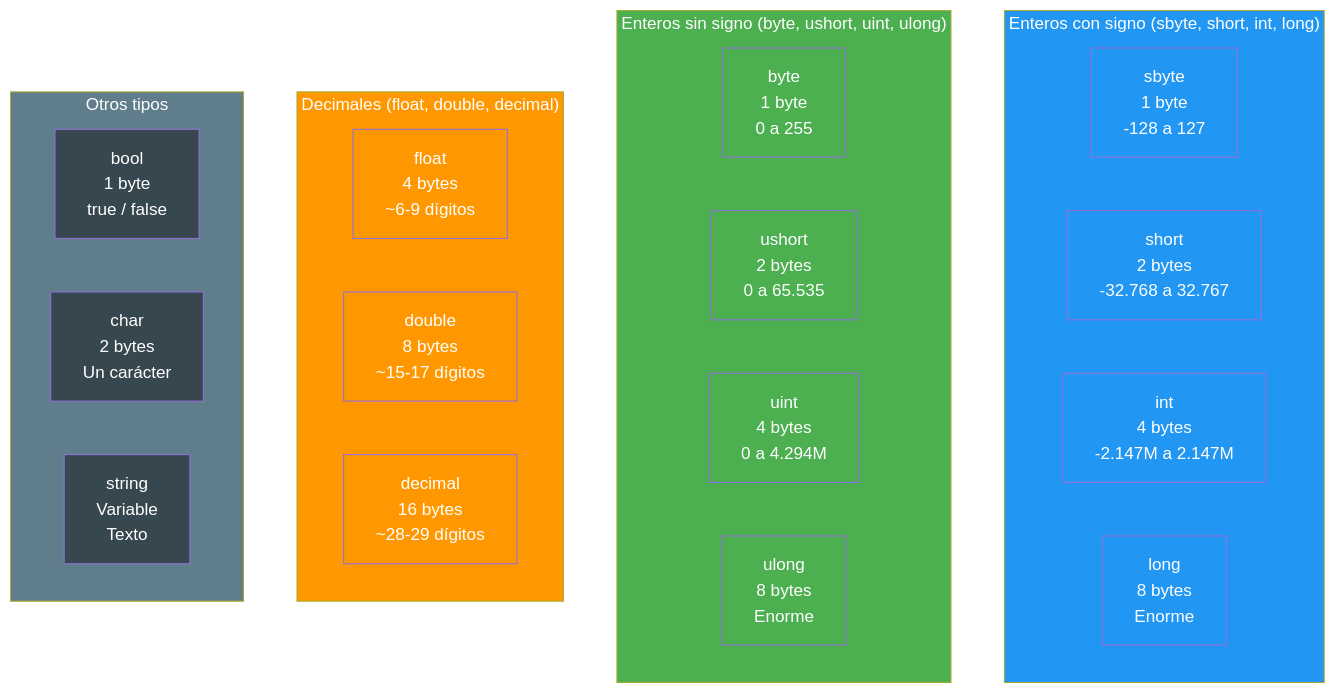
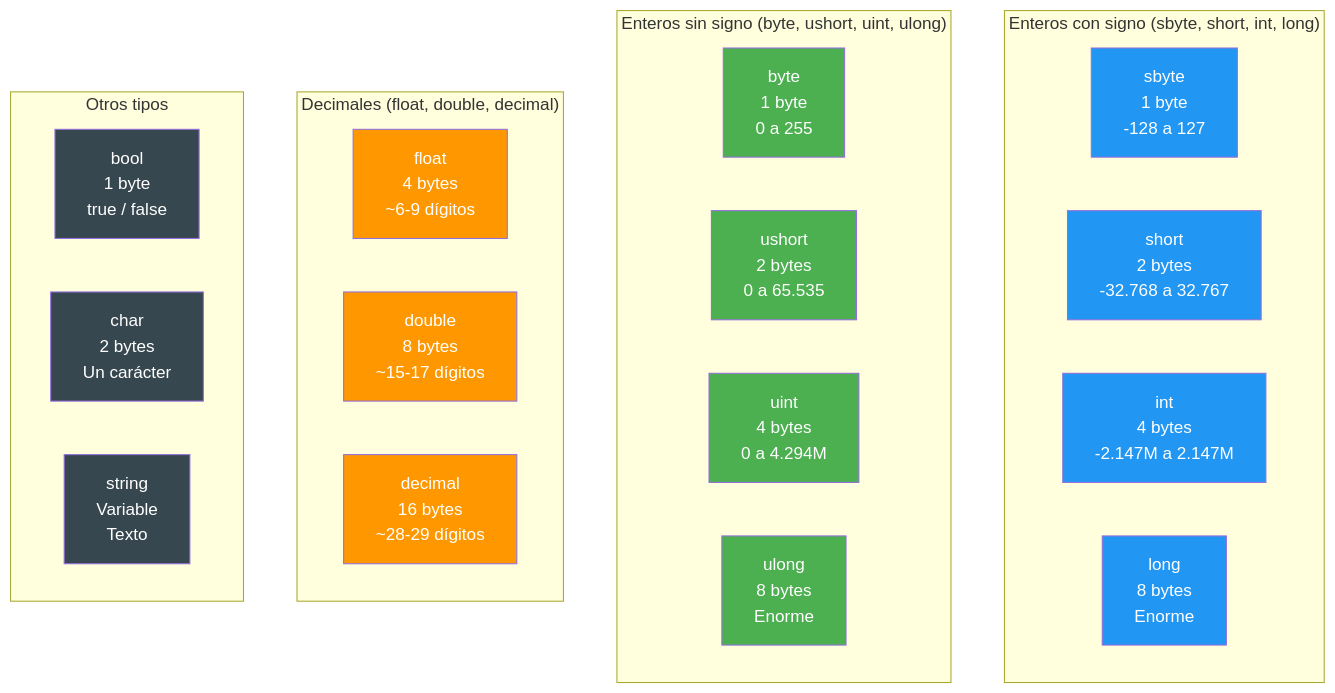
Before and after one commit to joseluisgs/Programacion-01-2026-2027: the second of 6 diagrams in 05-tipos-datos.md, drawn with Mermaid. The commit also changed other lines of this file and 3 other files, not shown here.

First line of the commit message:
docs: elimina los style de los subgraf de los diagramas Mermaid

````diff
--- a/05-tipos-datos.md
+++ b/05-tipos-datos.md
@@ -82,47 +81,43 @@
 ```mermaid
 graph TB
     subgraph ENTEROS_CON_SIGNO ["Enteros con signo (sbyte, short, int, long)"]
         direction LR
         SBYTE["sbyte<br/>1 byte<br/>-128 a 127"]
         SHORT["short<br/>2 bytes<br/>-32.768 a 32.767"]
         INT["int<br/>4 bytes<br/>-2.147M a 2.147M"]
         LONG["long<br/>8 bytes<br/>Enorme"]
     end
     subgraph ENTEROS_SIN_SIGNO ["Enteros sin signo (byte, ushort, uint, ulong)"]
         direction LR
         BYTE["byte<br/>1 byte<br/>0 a 255"]
         USHORT["ushort<br/>2 bytes<br/>0 a 65.535"]
         UINT["uint<br/>4 bytes<br/>0 a 4.294M"]
         ULONG["ulong<br/>8 bytes<br/>Enorme"]
     end
     subgraph DECIMALES ["Decimales (float, double, decimal)"]
         direction LR
         FLOAT["float<br/>4 bytes<br/>~6-9 dígitos"]
         DOUBLE["double<br/>8 bytes<br/>~15-17 dígitos"]
         DECIMAL["decimal<br/>16 bytes<br/>~28-29 dígitos"]
     end
     subgraph OTROS ["Otros tipos"]
         direction LR
         BOOL["bool<br/>1 byte<br/>true / false"]
         CHAR["char<br/>2 bytes<br/>Un carácter"]
         STRING["string<br/>Variable<br/>Texto"]
     end
-    style ENTEROS_CON_SIGNO fill:#2196F3,color:#fff
-    style ENTEROS_SIN_SIGNO fill:#4CAF50,color:#fff
-    style DECIMALES fill:#FF9800,color:#fff
-    style OTROS fill:#607D8B,color:#fff
 style SBYTE fill:#2196F3,color:#fff
   style SHORT fill:#2196F3,color:#fff
   style INT fill:#2196F3,color:#fff
   style LONG fill:#2196F3,color:#fff
   style BYTE fill:#4CAF50,color:#fff
   style USHORT fill:#4CAF50,color:#fff
   style UINT fill:#4CAF50,color:#fff
   style ULONG fill:#4CAF50,color:#fff
   style FLOAT fill:#FF9800,color:#fff
   style DOUBLE fill:#FF9800,color:#fff
   style DECIMAL fill:#FF9800,color:#fff
     style BOOL fill:#37474F,color:#fff
     style CHAR fill:#37474F,color:#fff
     style STRING fill:#37474F,color:#fff
 ```
````
